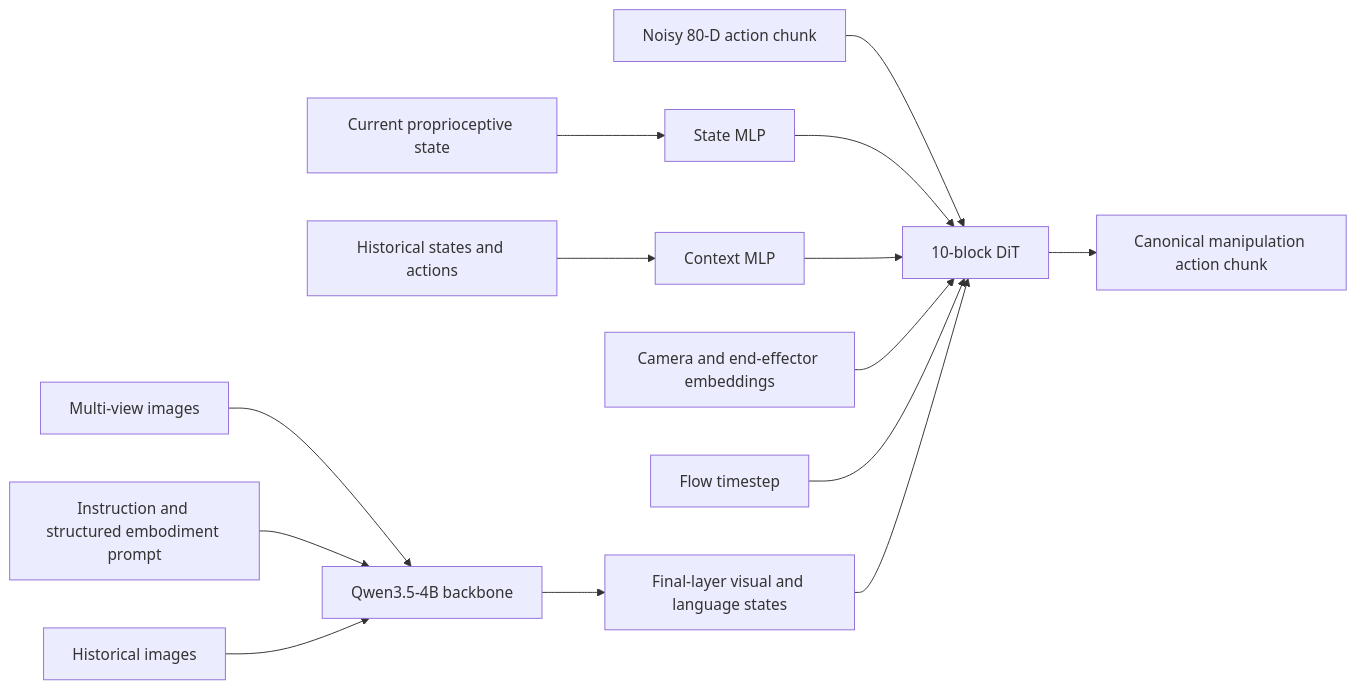
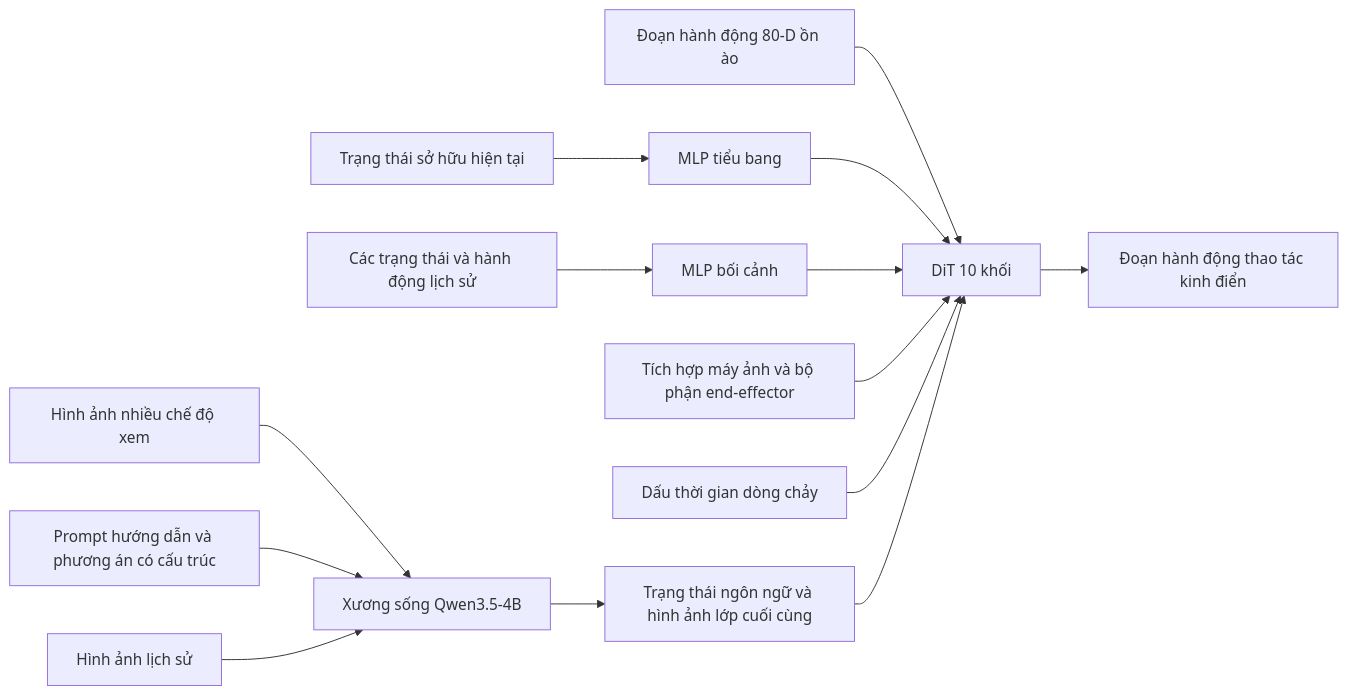
The first of 3 diagrams in docs/research_finding/01-gwen/qwen_models/Qwen-RobotManip/qwen_robotmanip_details.md (cycler04/VinRobotics-VLA), drawn with Mermaid before and after one commit. The commit also changed other lines of this file and 24 other files, not shown here.

````diff
--- a/docs/research_finding/01-gwen/qwen_models/Qwen-RobotManip/qwen_robotmanip_details.md
+++ b/docs/research_finding/01-gwen/qwen_models/Qwen-RobotManip/qwen_robotmanip_details.md
@@ -48,17 +48,17 @@
 ```mermaid
 flowchart LR
-    I[Multi-view images] --> VLM[Qwen3.5-4B backbone]
-    P[Instruction and structured embodiment prompt] --> VLM
-    H[Historical images] --> VLM
-    VLM --> VH[Final-layer visual and language states]
+    I[Hình ảnh nhiều chế độ xem] --> VLM[Xương sống Qwen3.5-4B]
+    P[Prompt hướng dẫn và phương án có cấu trúc] --> VLM
+    H[Hình ảnh lịch sử] --> VLM
+    VLM --> VH[Trạng thái ngôn ngữ và hình ảnh lớp cuối cùng]
 
-    S[Current proprioceptive state] --> SM[State MLP]
-    A0[Noisy 80-D action chunk] --> DIT[10-block DiT]
+    S[Trạng thái sở hữu hiện tại] --> SM[MLP tiểu bang]
+    A0[Đoạn hành động 80-D ồn ào] --> DIT[DiT 10 khối]
     SM --> DIT
-    C[Historical states and actions] --> CM[Context MLP]
+    C[Các trạng thái và hành động lịch sử] --> CM[MLP bối cảnh]
     CM --> DIT
-    E[Camera and end-effector embeddings] --> DIT
-    T[Flow timestep] --> DIT
+    E[Tích hợp máy ảnh và bộ phận end-effector] --> DIT
+    T[Dấu thời gian dòng chảy] --> DIT
     VH --> DIT
-    DIT --> A[Canonical manipulation action chunk]
+    DIT --> A[Đoạn hành động thao tác kinh điển]
 ```
````
